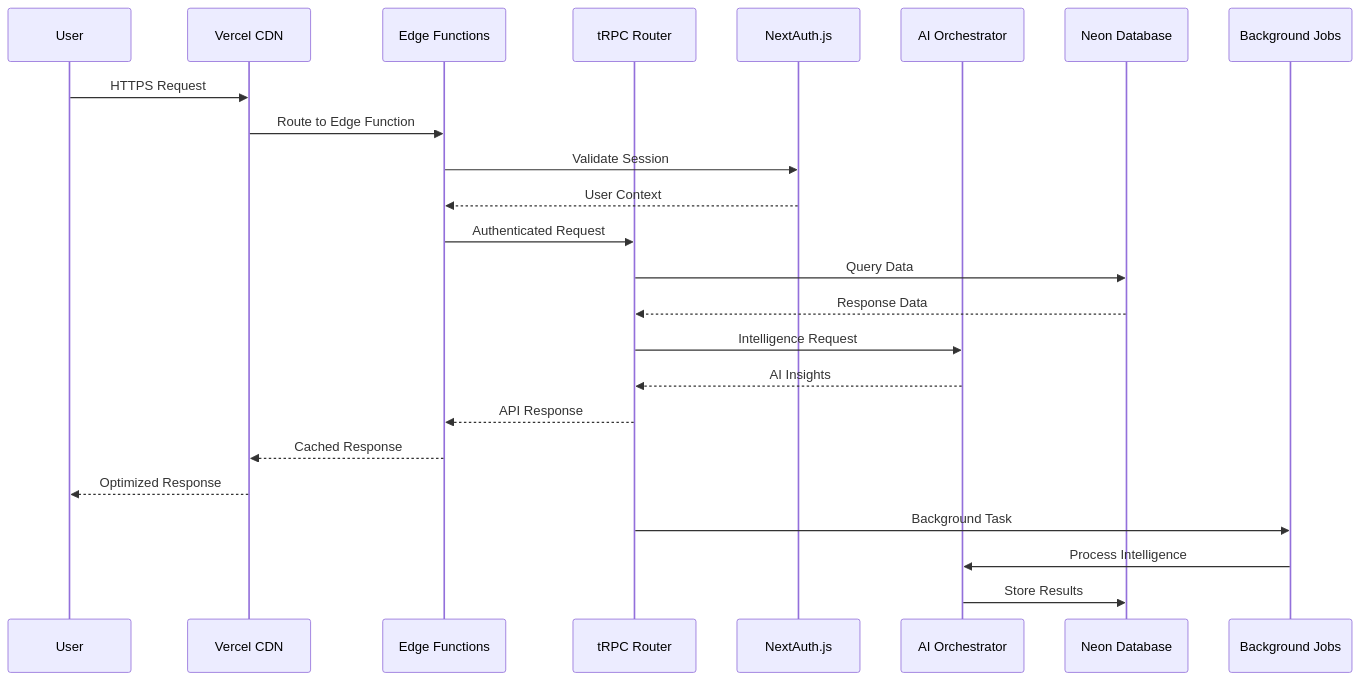
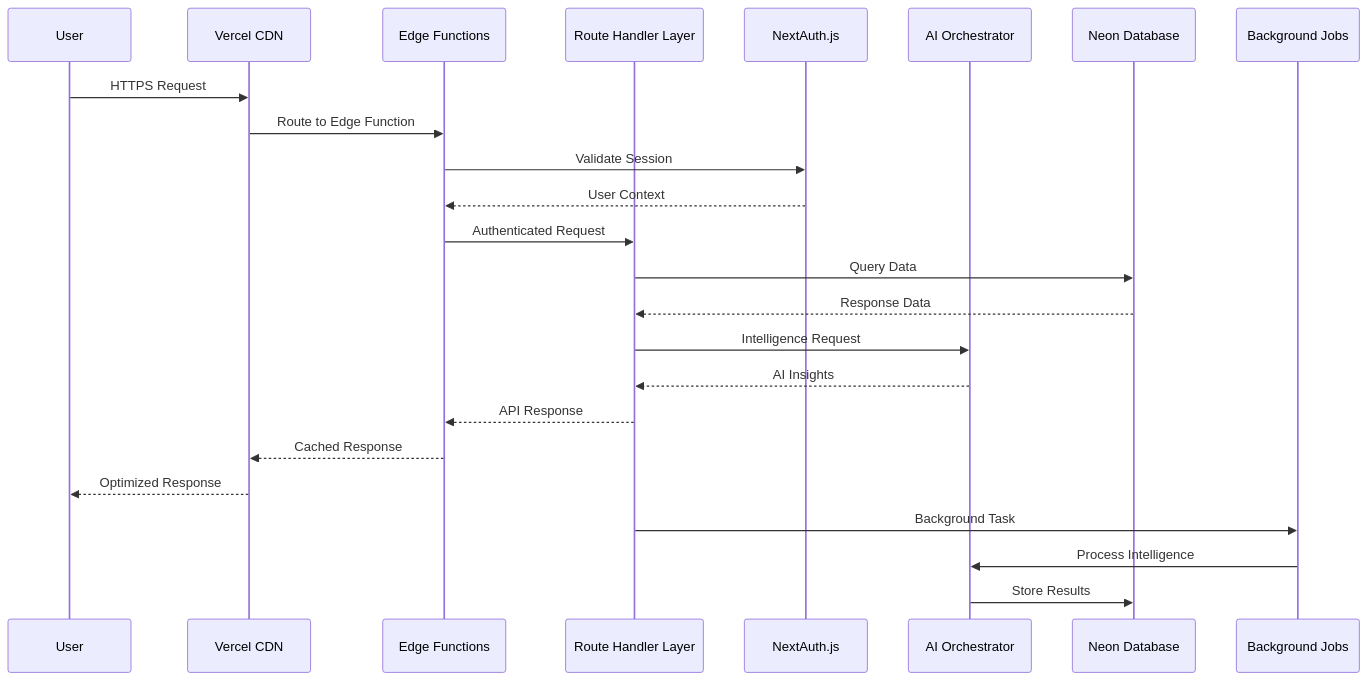
The third of 24 diagrams in docs/development/architecture.md (BjornMelin/contribux), drawn with Mermaid before and after one commit. The commit also changed other lines of this file and 79 other files, not shown here.

````diff
--- a/docs/development/architecture.md
+++ b/docs/development/architecture.md
@@ -153,28 +153,28 @@
 ```mermaid
 sequenceDiagram
     participant User
     participant CDN as Vercel CDN
     participant Edge as Edge Functions
-    participant API as tRPC Router
+    participant API as Route Handler Layer
     participant Auth as NextAuth.js
     participant AI as AI Orchestrator
     participant DB as Neon Database
     participant Queue as Background Jobs
     
     User->>CDN: HTTPS Request
     CDN->>Edge: Route to Edge Function
     Edge->>Auth: Validate Session
     Auth-->>Edge: User Context
     Edge->>API: Authenticated Request
     API->>DB: Query Data
     DB-->>API: Response Data
     API->>AI: Intelligence Request
     AI-->>API: AI Insights
     API-->>Edge: API Response
     Edge-->>CDN: Cached Response
     CDN-->>User: Optimized Response
     
     API->>Queue: Background Task
     Queue->>AI: Process Intelligence
     AI->>DB: Store Results
 ```
````
